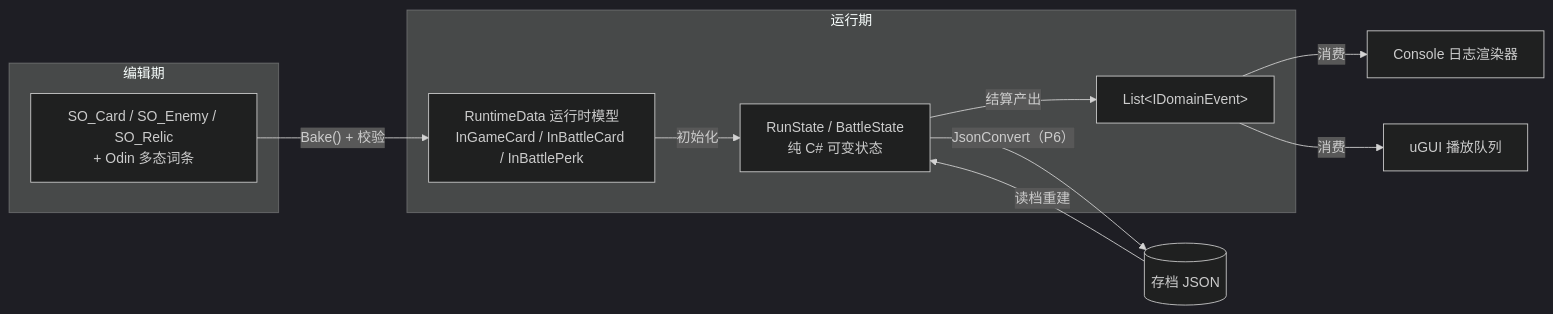
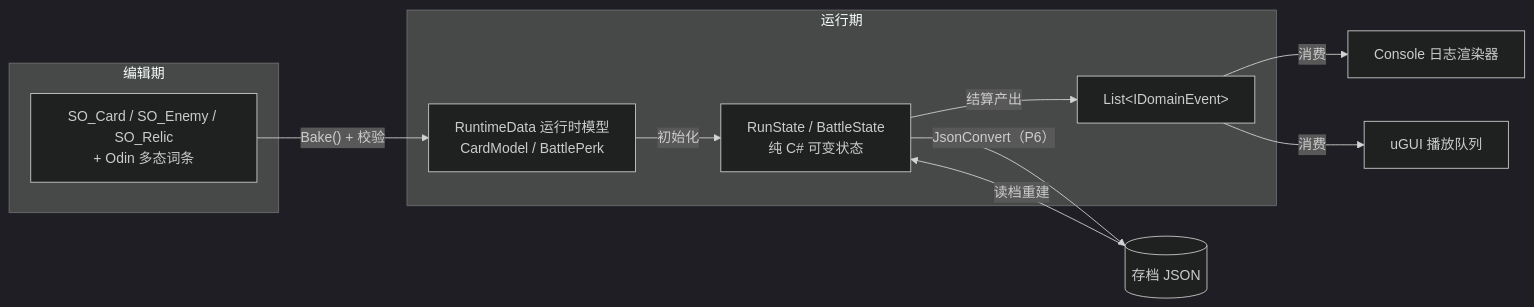
Before and after one commit to mzyqzmd/DreamKeep: the third of 3 diagrams in Docs/04-项目实现顺序与系统解耦设计.md, drawn with Mermaid (dark theme). The commit also changed other lines of this file and 173 other files, not shown here.

````diff
--- a/Docs/04-项目实现顺序与系统解耦设计.md
+++ b/Docs/04-项目实现顺序与系统解耦设计.md
@@ -316,15 +323,15 @@
 ```mermaid
 graph LR
     subgraph 编辑期
         SO["SO_Card / SO_Enemy / SO_Relic<br>+ Odin 多态词条"]
     end
     subgraph 运行期
-        POCO["RuntimeData 运行时模型<br>InGameCard / InBattleCard / InBattlePerk"] -->|初始化| RS["RunState / BattleState<br>纯 C# 可变状态"]
+        POCO["RuntimeData 运行时模型<br>CardModel / BattlePerk"] -->|初始化| RS["RunState / BattleState<br>纯 C# 可变状态"]
         RS -->|"结算产出"| EB["List&lt;IDomainEvent&gt;"]
     end
     SO -->|"Bake() + 校验"| POCO
     EB -->|消费| LOG["Console 日志渲染器"]
     EB -->|消费| UI["uGUI 播放队列"]
     RS -->|"JsonConvert（P6）"| SAVE[("存档 JSON")]
     SAVE -->|"读档重建"| RS
 ```
````
